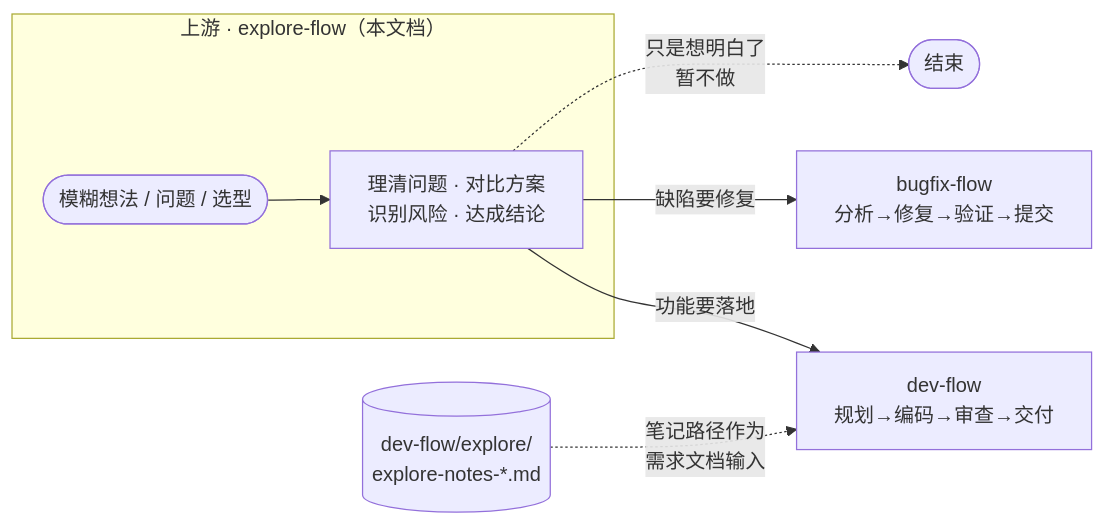
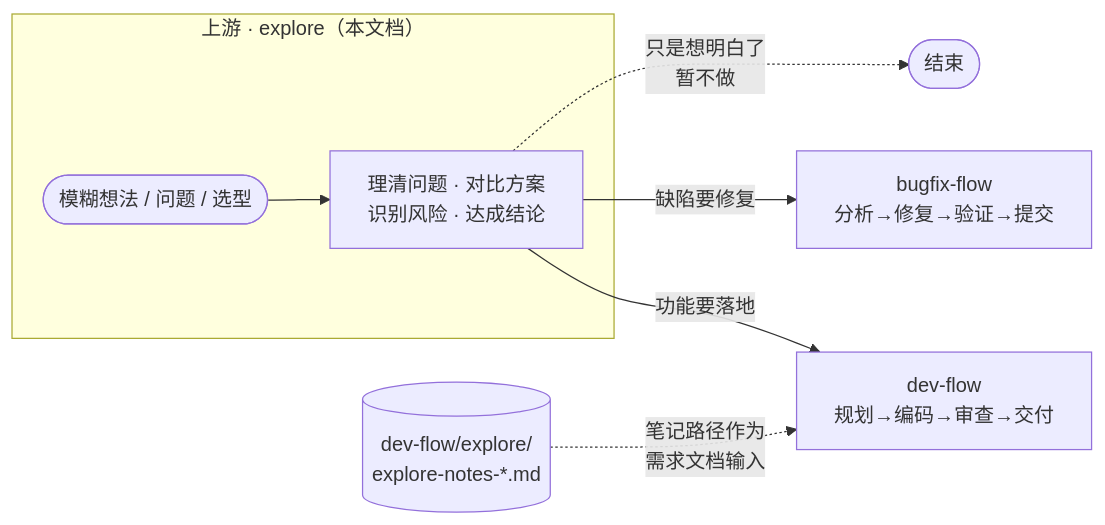
Before and after one commit to GMshuS/opencode-study: the fourth of 4 diagrams in docs/explore-DESIGN.md, drawn with Mermaid. The commit also changed other lines of this file, not shown here.

First line of the commit message:
按照“通俗易懂、简明扼要、尽量以流程图或者图表展示”的原则优化agent的设计文档，以下是生成文档的提示词：

````diff
--- a/docs/explore-DESIGN.md
+++ b/docs/explore-DESIGN.md
@@ -199,11 +198,11 @@
 ```mermaid
 flowchart LR
-    subgraph UP["上游 · explore-flow（本文档）"]
+    subgraph UP["上游 · explore（本文档）"]
         ID(["模糊想法 / 问题 / 选型"]) --> CLAR["理清问题 · 对比方案<br/>识别风险 · 达成结论"]
     end
     CLAR -->|"功能要落地"| DEV["dev-flow<br/>规划→编码→审查→交付"]
     CLAR -->|"缺陷要修复"| BF["bugfix-flow<br/>分析→修复→验证→提交"]
     CLAR -.->|"只是想明白了<br/>暂不做"| DONE(["结束"])
 
     NOTES[("dev-flow/explore/<br/>explore-notes-*.md")] -.->|"笔记路径作为<br/>需求文档输入"| DEV
 ```
````
